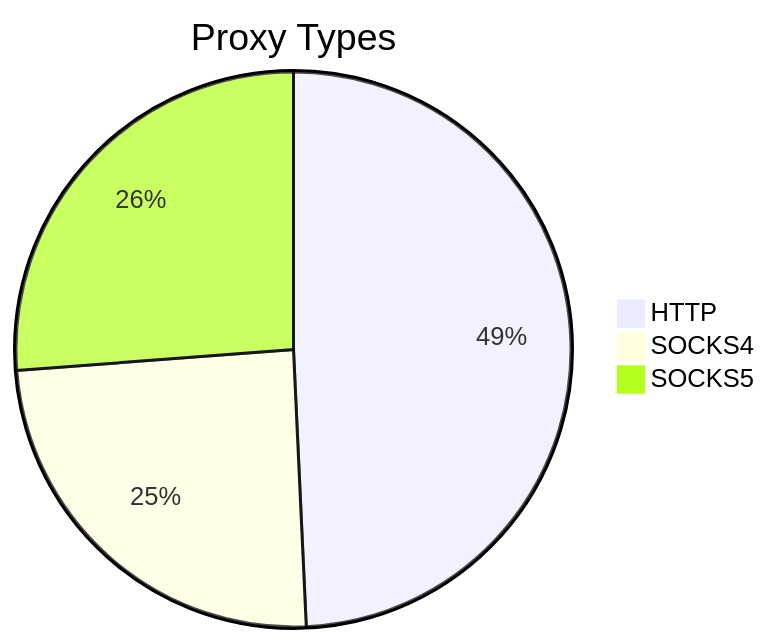
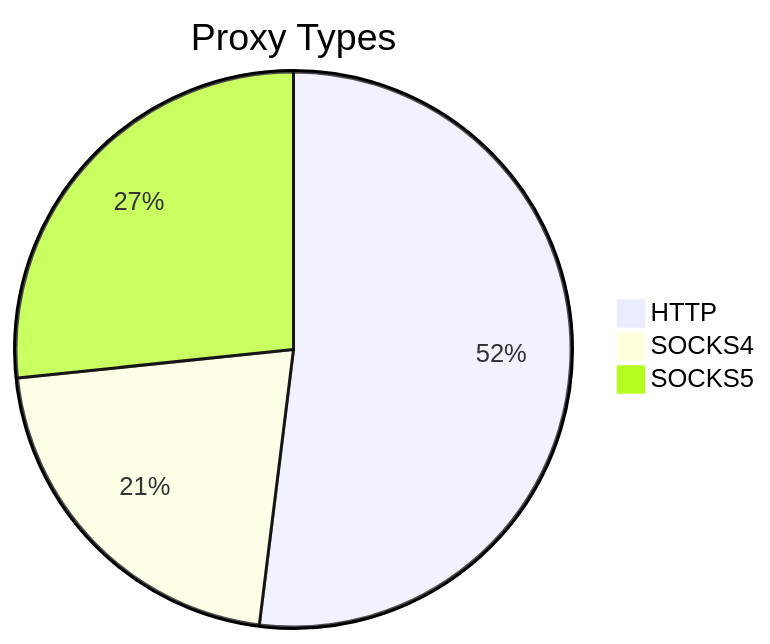
Before and after one commit to stormsia/proxy-list: the first of 2 diagrams in README.md, drawn with Mermaid. The commit also changed other lines of this file, not shown here.

````diff
--- a/README.md
+++ b/README.md
@@ -21,6 +21,6 @@
 ```mermaid
 pie title Proxy Types
-    "HTTP" : 470
-    "SOCKS4" : 234
-    "SOCKS5" : 250
+    "HTTP" : 238
+    "SOCKS4" : 98
+    "SOCKS5" : 122
 ```
````
